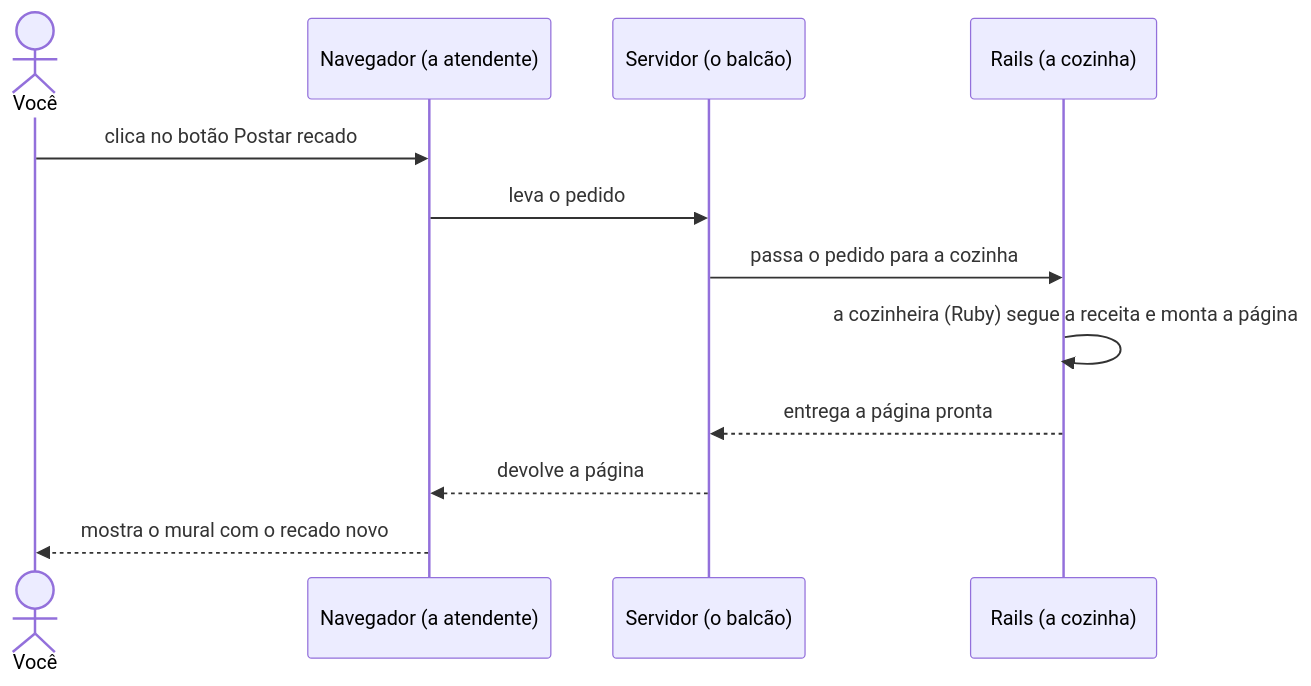
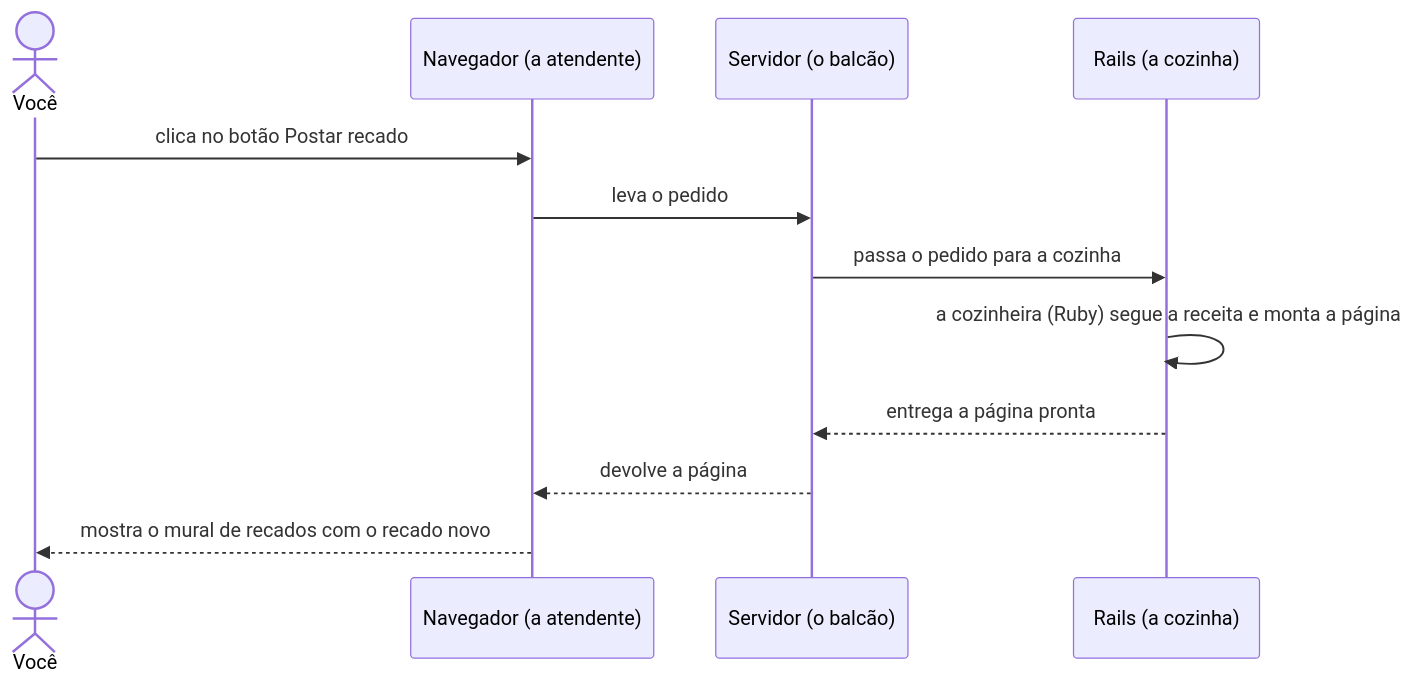
Before and after one commit to RailsGirls-SP/guia-railsgirls-sp: the second of 2 diagrams in projetos/mural-de-recados/01-por-onde-comecar/index.md, drawn with Mermaid. The commit also changed other lines of this file and 30 other files, not shown here.

````diff
--- a/projetos/mural-de-recados/01-por-onde-comecar/index.md
+++ b/projetos/mural-de-recados/01-por-onde-comecar/index.md
@@ -35,14 +35,14 @@
 ```mermaid
 sequenceDiagram
   actor Voce as Você
   participant N as Navegador (a atendente)
   participant S as Servidor (o balcão)
   participant R as Rails (a cozinha)
   Voce->>N: clica no botão Postar recado
   N->>S: leva o pedido
   S->>R: passa o pedido para a cozinha
   R->>R: a cozinheira (Ruby) segue a receita e monta a página
   R-->>S: entrega a página pronta
   S-->>N: devolve a página
-  N-->>Voce: mostra o mural com o recado novo
+  N-->>Voce: mostra o mural de recados com o recado novo
 ```
````
